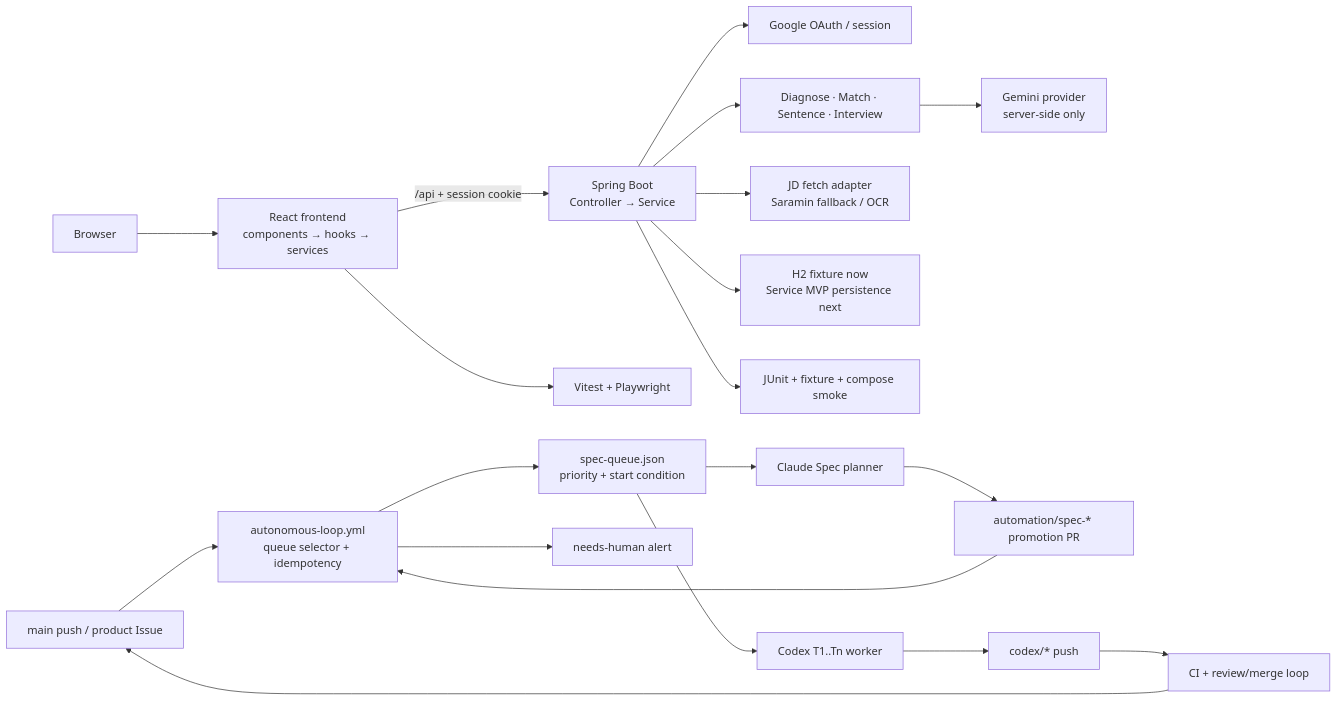
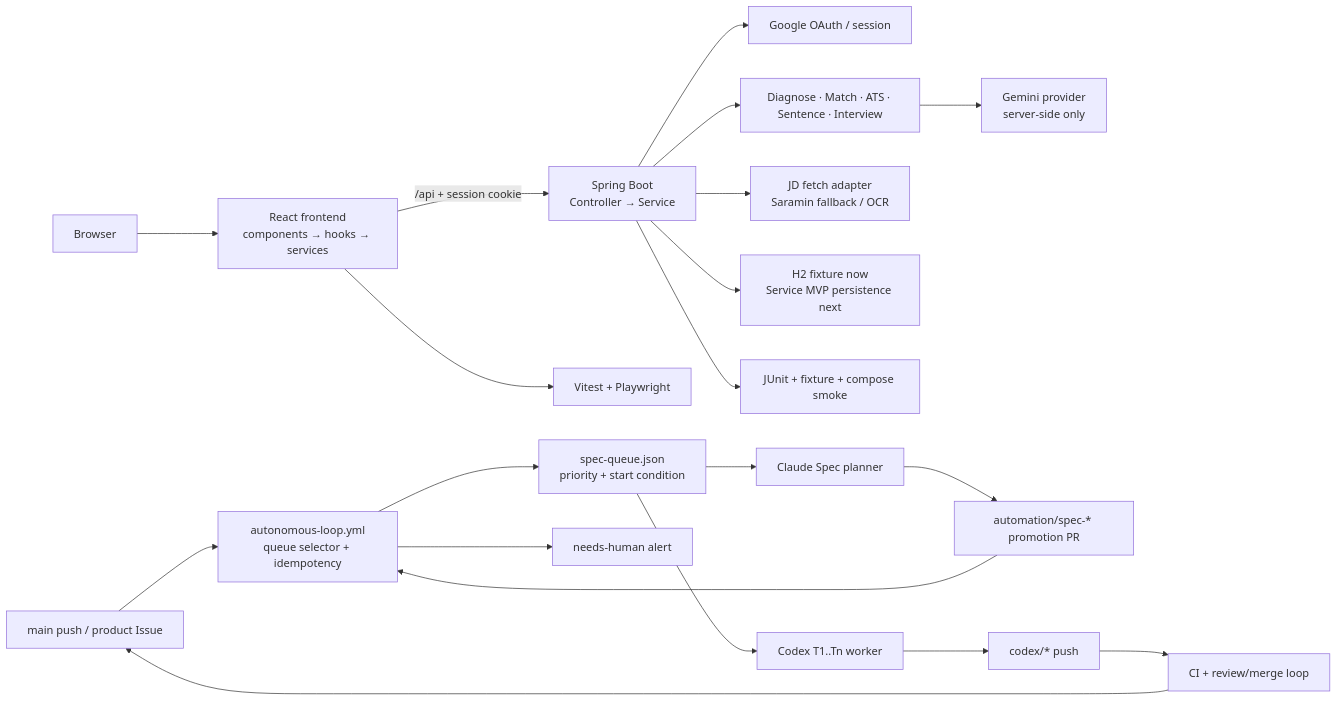
One commit to silverThunder09/jdsnack-agent-os-project changed the diagram in docs/architecture/system-overview.md. Above: the diagram before and after it, drawn with Mermaid. The commit also changed other lines of this file and 39 other files, not shown here.

````diff
--- a/docs/architecture/system-overview.md
+++ b/docs/architecture/system-overview.md
@@ -20,23 +21,23 @@
 ```mermaid
 flowchart LR
   Browser["Browser"] --> Frontend["React frontend\ncomponents → hooks → services"]
   Frontend -->|"/api + session cookie"| Backend["Spring Boot\nController → Service"]
   Backend --> Auth["Google OAuth / session"]
-  Backend --> Analysis["Diagnose · Match · Sentence · Interview"]
+  Backend --> Analysis["Diagnose · Match · ATS · Sentence · Interview"]
   Backend --> Jd["JD fetch adapter\nSaramin fallback / OCR"]
   Analysis --> Gemini["Gemini provider\nserver-side only"]
   Backend --> Store["H2 fixture now\nService MVP persistence next"]
   Backend --> Tests["JUnit + fixture + compose smoke"]
   Frontend --> UiTests["Vitest + Playwright"]
 
   MainPush["main push / product Issue"] --> AutoLoop["autonomous-loop.yml\nqueue selector + idempotency"]
   AutoLoop --> Queue["spec-queue.json\npriority + start condition"]
   Queue --> SpecPlanner["Claude Spec planner"]
   SpecPlanner --> SpecPR["automation/spec-* promotion PR"]
   SpecPR --> AutoLoop
   Queue --> Codex["Codex T1..Tn worker"]
   Codex --> Branch["codex/* push"]
   Branch --> Review["CI + review/merge loop"]
   Review --> MainPush
   AutoLoop --> Human["needs-human alert"]
 ```
````
